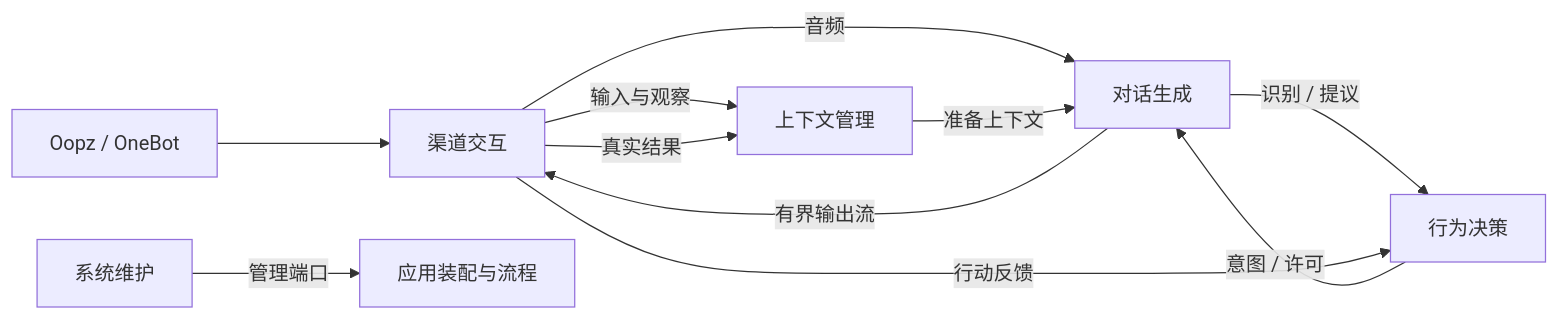
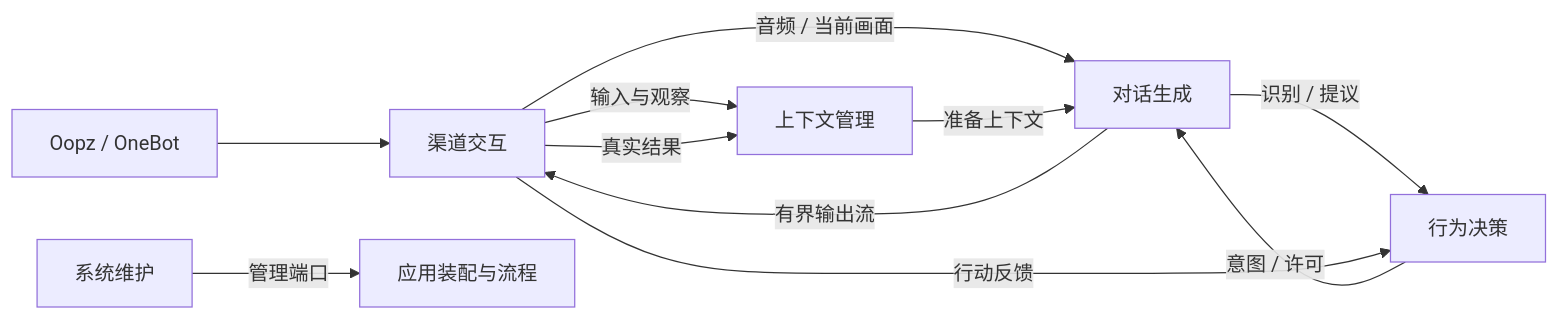
One commit to dogLeft233/Ooptra changed the diagram in ARCHITECTURE.md. Above: the diagram before and after it, drawn with Mermaid. The commit also changed other lines of this file and 21 other files, not shown here.

````diff
--- a/ARCHITECTURE.md
+++ b/ARCHITECTURE.md
@@ -25,13 +25,13 @@
 ```mermaid
 flowchart LR
     O[Oopz / OneBot] --> C[渠道交互]
     C -->|输入与观察| X[上下文管理]
-    C -->|音频| G[对话生成]
+    C -->|音频 / 当前画面| G[对话生成]
     G -->|识别 / 提议| B[行为决策]
     X -->|准备上下文| G
     B -->|意图 / 许可| G
     G -->|有界输出流| C
     C -->|真实结果| X
     C -->|行动反馈| B
     M[系统维护] -->|管理端口| A[应用装配与流程]
 ```
````
